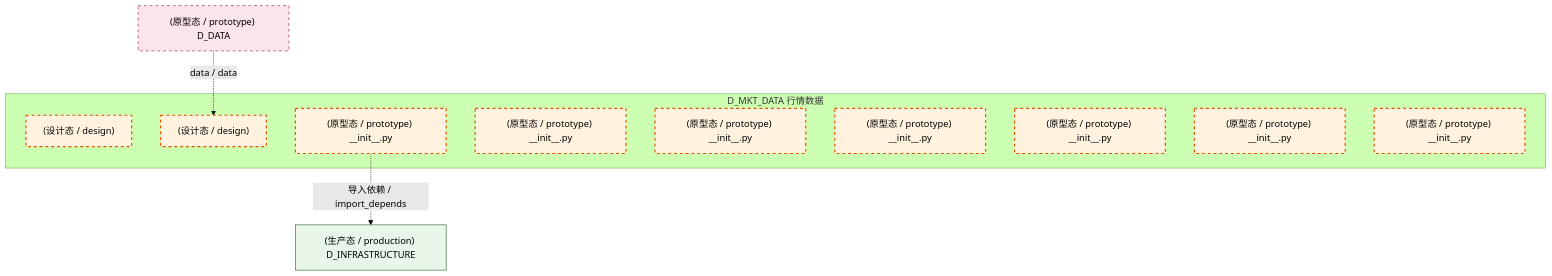
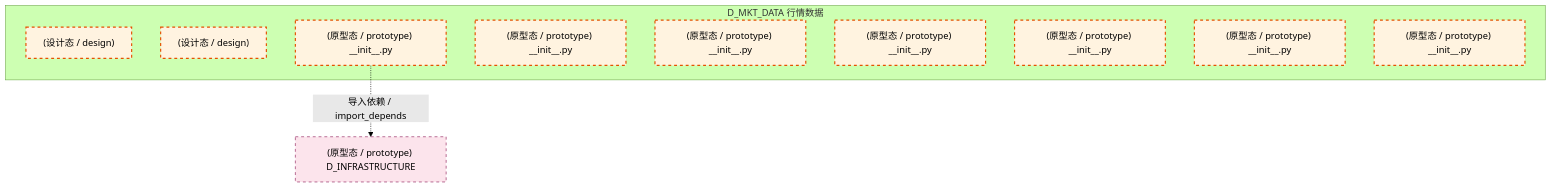
One commit to xuanFelixVan/ZephyrAlpha changed the first of 4 diagrams in docs/02_enterprise_architecture/02_domain_architecture_docs/20_d_mkt_data.md. Above: the diagram before and after it, drawn with Mermaid (forest theme). The commit also changed other lines of this file and 126 other files, not shown here.

````diff
--- a/docs/02_enterprise_architecture/02_domain_architecture_docs/20_d_mkt_data.md
+++ b/docs/02_enterprise_architecture/02_domain_architecture_docs/20_d_mkt_data.md
@@ -72,25 +72,22 @@
 ```mermaid
 graph TD
     subgraph D_MKT_DATA["D_MKT_DATA 行情数据"]
         docs_03_modules_cross_layer_database_sub_blueprints_c1_market_clickhouse_md["(设计态 / design) "]
         docs_03_modules_domain_data_data_source_operation_manual_md["(设计态 / design) "]
         src_zephyr_market_data_init_py["(原型态 / prototype) __init__.py"]
         src_zephyr_market_data_extensions_init_py["(原型态 / prototype) __init__.py"]
         src_zephyr_market_data_api_init_py["(原型态 / prototype) __init__.py"]
         src_zephyr_market_data_core_init_py["(原型态 / prototype) __init__.py"]
         src_zephyr_market_data_infrastructure_init_py["(原型态 / prototype) __init__.py"]
         src_zephyr_market_data_models_init_py["(原型态 / prototype) __init__.py"]
         src_zephyr_market_data_services_init_py["(原型态 / prototype) __init__.py"]
     end
-    D_INFRASTRUCTURE["(生产态 / production) D_INFRASTRUCTURE"]
+    D_INFRASTRUCTURE["(原型态 / prototype) D_INFRASTRUCTURE"]
     src_zephyr_market_data_init_py -.->|导入依赖 / import_depends| D_INFRASTRUCTURE
-    D_DATA["(原型态 / prototype) D_DATA"]
-    D_DATA -.->|data / data| docs_03_modules_domain_data_data_source_operation_manual_md
     classDef production fill:#e1f5fe,stroke:#01579b,stroke-width:2px,color:#000
     classDef design fill:#fff3e0,stroke:#e65100,stroke-width:2px,color:#000,stroke-dasharray: 5 5
     classDef external_prod fill:#e8f5e9,stroke:#1b5e20,stroke-width:1px,color:#000
     classDef external_design fill:#fce4ec,stroke:#880e4f,stroke-width:1px,color:#000,stroke-dasharray: 5 5
     class docs_03_modules_cross_layer_database_sub_blueprints_c1_market_clickhouse_md,docs_03_modules_domain_data_data_source_operation_manual_md,src_zephyr_market_data_init_py,src_zephyr_market_data_extensions_init_py,src_zephyr_market_data_api_init_py,src_zephyr_market_data_core_init_py,src_zephyr_market_data_infrastructure_init_py,src_zephyr_market_data_models_init_py,src_zephyr_market_data_services_init_py design
-    class D_INFRASTRUCTURE external_prod
-    class D_DATA external_design
+    class D_INFRASTRUCTURE external_design
 ```
````
